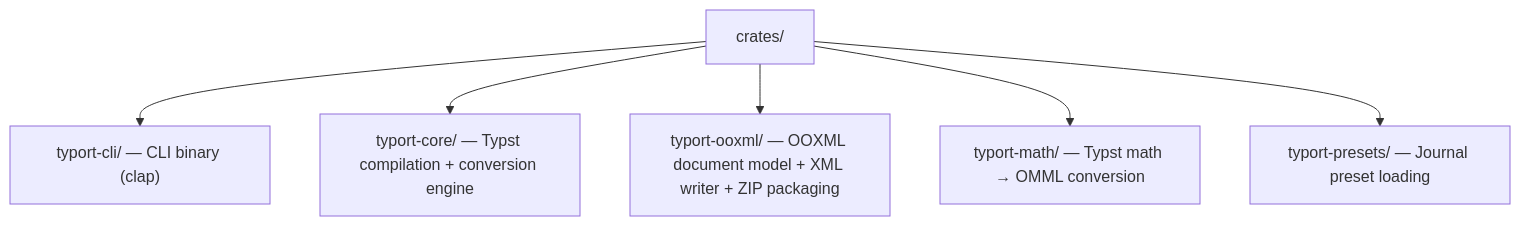
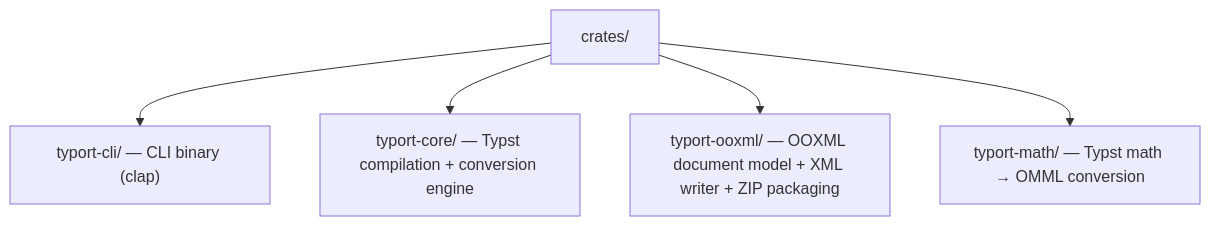
One commit to kwadraten/tydocx changed the second of 2 diagrams in README.md. Above: the diagram before and after it, drawn with Mermaid. The commit also changed other lines of this file and 11 other files, not shown here.

First line of the commit message:
chore: remove typort-presets entirely

````diff
--- a/README.md
+++ b/README.md
@@ -78,8 +78,7 @@
 ```mermaid
 flowchart TD
     CRATES["crates/"] --> CLI["typort-cli/ — CLI binary (clap)"]
     CRATES --> CORE["typort-core/ — Typst compilation + conversion engine"]
     CRATES --> OOXML["typort-ooxml/ — OOXML document model + XML writer + ZIP packaging"]
     CRATES --> MATH["typort-math/ — Typst math → OMML conversion"]
-    CRATES --> PRESETS["typort-presets/ — Journal preset loading"]
 ```
````
